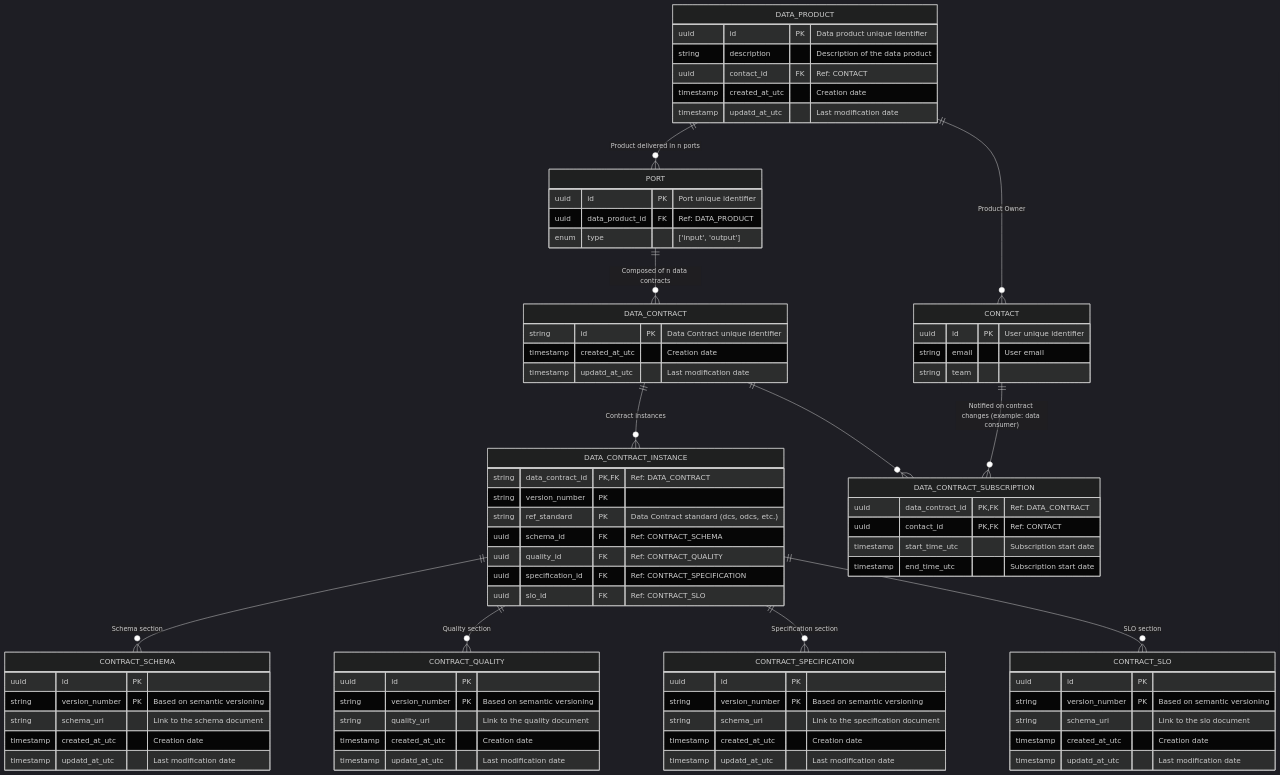
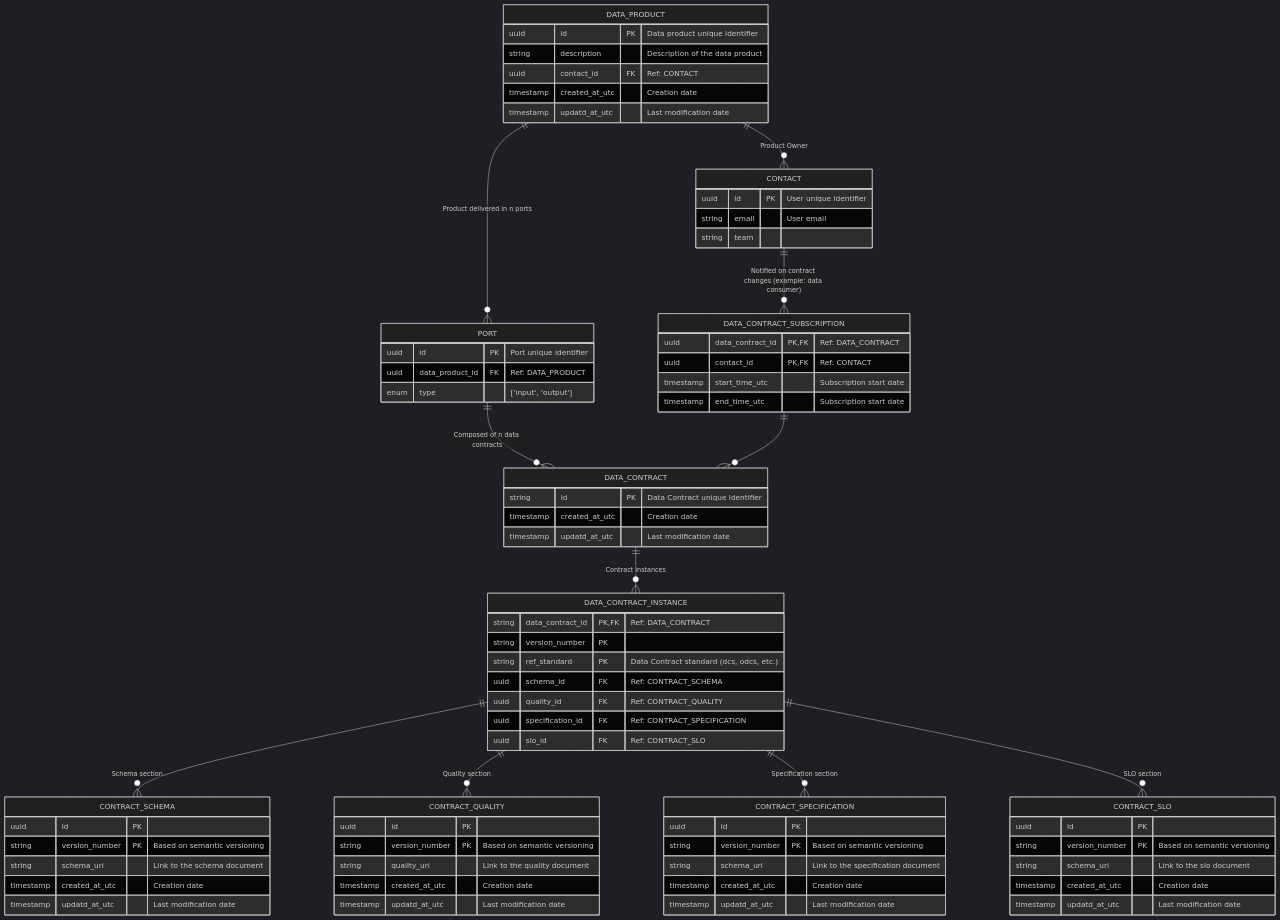
Before and after one commit to monmaya/base-impl: the diagram in docs/relational_model.md, drawn with Mermaid (dark theme).

````diff
--- a/docs/relational_model.md
+++ b/docs/relational_model.md
@@ -90,7 +90,7 @@
     DATA_CONTRACT_INSTANCE ||--o{ CONTRACT_SPECIFICATION : "Specification section"
     DATA_CONTRACT_INSTANCE ||--o{ CONTRACT_SLO : "SLO section"
 
+    DATA_CONTRACT_SUBSCRIPTION ||--o{ DATA_CONTRACT : ""
     CONTACT ||--o{ DATA_CONTRACT_SUBSCRIPTION : "Notified on contract changes (example: data consumer)"
-    DATA_CONTRACT ||--o{ DATA_CONTRACT_SUBSCRIPTION : ""
 
   ```
````
